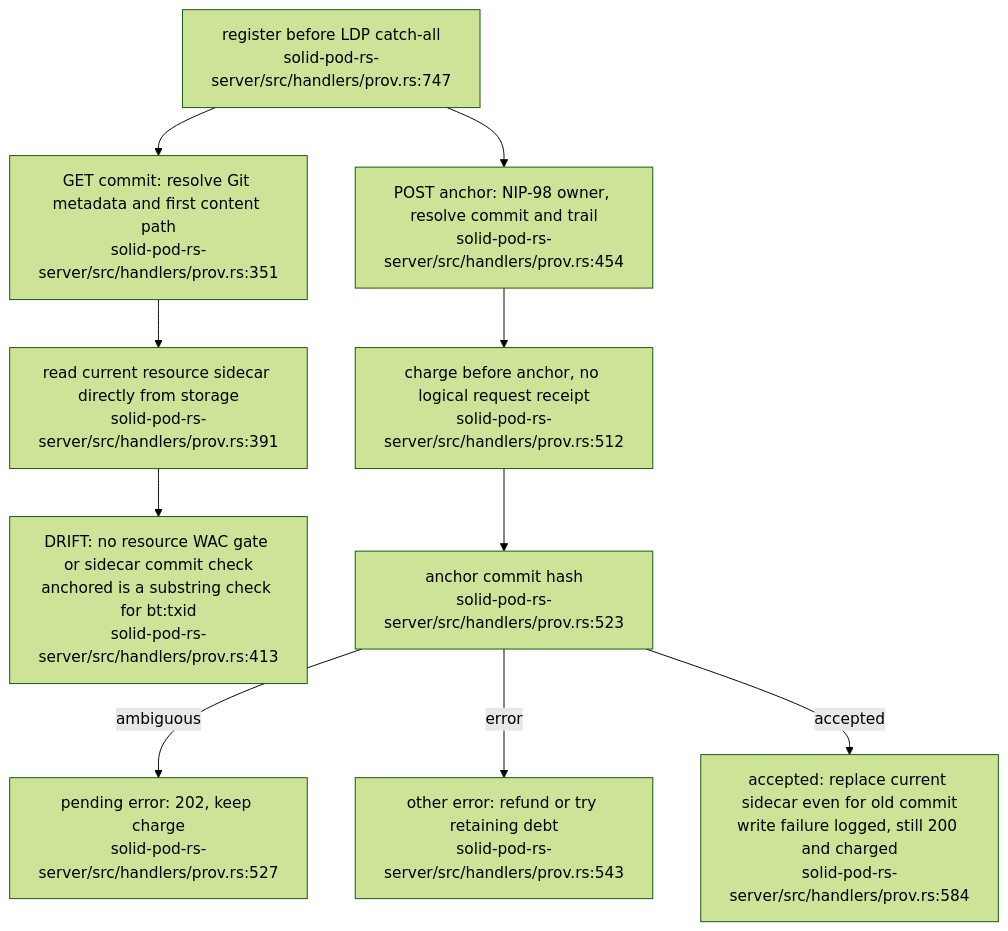
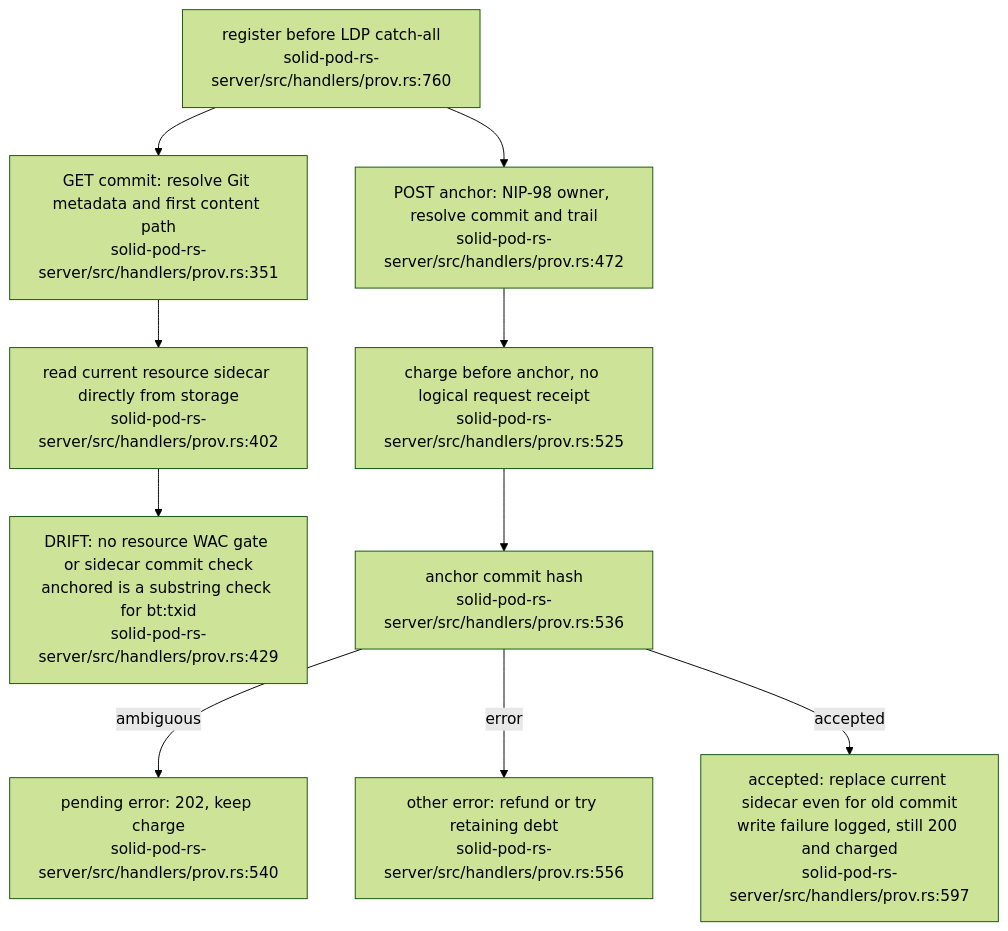
One commit to DreamLab-AI/VisionFlow changed the sixth of 19 diagrams in docs/diagrams/solid-pod-rs/07-provenance-and-payments.md. Above: the diagram before and after it, drawn with Mermaid (forest theme). The commit also changed other lines of this file and 59 other files, not shown here.

First line of the commit message:
docs(diagrams): re-derive and re-stamp forum, website, pod, ontomark and sealmap topics

````diff
--- a/docs/diagrams/solid-pod-rs/07-provenance-and-payments.md
+++ b/docs/diagrams/solid-pod-rs/07-provenance-and-payments.md
@@ -183,18 +183,18 @@
 ```mermaid
 flowchart TD
-    REG["register before LDP catch-all<br/>solid-pod-rs-server/src/handlers/prov.rs:747"]
+    REG["register before LDP catch-all<br/>solid-pod-rs-server/src/handlers/prov.rs:760"]
     GET["GET commit: resolve Git metadata and first content path<br/>solid-pod-rs-server/src/handlers/prov.rs:351"]
-    SC["read current resource sidecar directly from storage<br/>solid-pod-rs-server/src/handlers/prov.rs:391"]
-    LEAK["DRIFT: no resource WAC gate or sidecar commit check<br/>anchored is a substring check for bt:txid<br/>solid-pod-rs-server/src/handlers/prov.rs:413"]
-    POST["POST anchor: NIP-98 owner, resolve commit and trail<br/>solid-pod-rs-server/src/handlers/prov.rs:454"]
-    DEBIT["charge before anchor, no logical request receipt<br/>solid-pod-rs-server/src/handlers/prov.rs:512"]
-    ANCHOR["anchor commit hash<br/>solid-pod-rs-server/src/handlers/prov.rs:523"]
-    PENDING["pending error: 202, keep charge<br/>solid-pod-rs-server/src/handlers/prov.rs:527"]
-    REFUND["other error: refund or try retaining debt<br/>solid-pod-rs-server/src/handlers/prov.rs:543"]
-    WRITE["accepted: replace current sidecar even for old commit<br/>write failure logged, still 200 and charged<br/>solid-pod-rs-server/src/handlers/prov.rs:584"]
+    SC["read current resource sidecar directly from storage<br/>solid-pod-rs-server/src/handlers/prov.rs:402"]
+    LEAK["DRIFT: no resource WAC gate or sidecar commit check<br/>anchored is a substring check for bt:txid<br/>solid-pod-rs-server/src/handlers/prov.rs:429"]
+    POST["POST anchor: NIP-98 owner, resolve commit and trail<br/>solid-pod-rs-server/src/handlers/prov.rs:472"]
+    DEBIT["charge before anchor, no logical request receipt<br/>solid-pod-rs-server/src/handlers/prov.rs:525"]
+    ANCHOR["anchor commit hash<br/>solid-pod-rs-server/src/handlers/prov.rs:536"]
+    PENDING["pending error: 202, keep charge<br/>solid-pod-rs-server/src/handlers/prov.rs:540"]
+    REFUND["other error: refund or try retaining debt<br/>solid-pod-rs-server/src/handlers/prov.rs:556"]
+    WRITE["accepted: replace current sidecar even for old commit<br/>write failure logged, still 200 and charged<br/>solid-pod-rs-server/src/handlers/prov.rs:597"]
     REG --> GET --> SC --> LEAK
     REG --> POST --> DEBIT --> ANCHOR
     ANCHOR -- ambiguous --> PENDING
     ANCHOR -- error --> REFUND
     ANCHOR -- accepted --> WRITE
 ```
````
